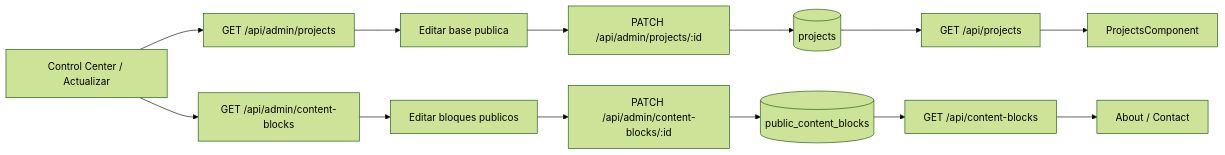
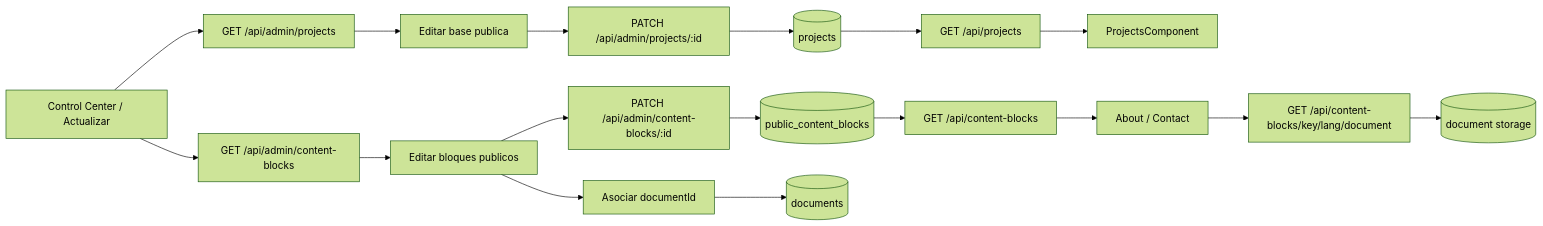
One commit to fernandogferreyra/portfolio-profesional changed the diagram in docs/features/public-content-admin.md. Above: the diagram before and after it, drawn with Mermaid (forest theme). The commit also changed other lines of this file and 20 other files, not shown here.

Commit message:
feat: link cms blocks to documents

````diff
--- a/docs/features/public-content-admin.md
+++ b/docs/features/public-content-admin.md
@@ -151,15 +166,19 @@
 ```mermaid
 flowchart LR
   Admin[Control Center / Actualizar] --> List[GET /api/admin/projects]
   List --> Edit[Editar base publica]
   Edit --> Save[PATCH /api/admin/projects/:id]
   Save --> DB[(projects)]
   DB --> Public[GET /api/projects]
   Public --> Portfolio[ProjectsComponent]
   Admin --> Blocks[GET /api/admin/content-blocks]
   Blocks --> EditBlocks[Editar bloques publicos]
   EditBlocks --> SaveBlocks[PATCH /api/admin/content-blocks/:id]
   SaveBlocks --> ContentDB[(public_content_blocks)]
   ContentDB --> PublicBlocks[GET /api/content-blocks]
   PublicBlocks --> AboutContact[About / Contact]
+  EditBlocks --> LinkDoc[Asociar documentId]
+  LinkDoc --> Documents[(documents)]
+  AboutContact --> Download[GET /api/content-blocks/key/lang/document]
+  Download --> Storage[(document storage)]
 ```
````
